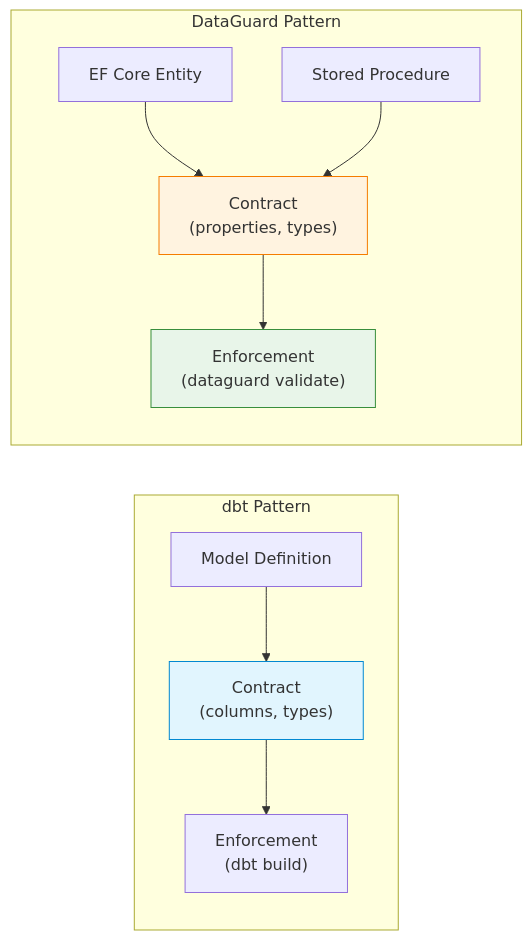
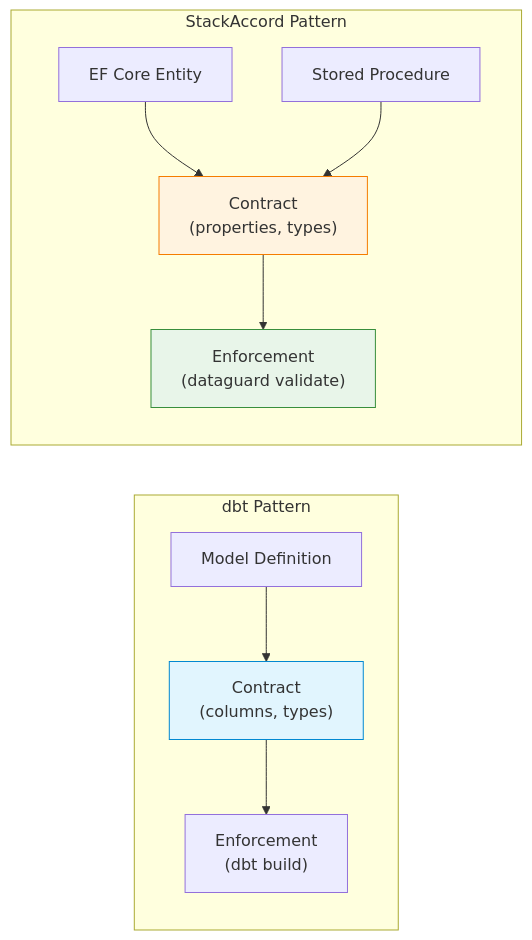
The seventh of 8 diagrams in docs/02-architecture/design-philosophy.md (thanhnt-sm/eco_support_net_oracle), drawn with Mermaid before and after one commit. The commit also changed other lines of this file and 115 other files, not shown here.

Commit message:
fix(branding): align StackAccord docs and release copy

````diff
--- a/docs/02-architecture/design-philosophy.md
+++ b/docs/02-architecture/design-philosophy.md
@@ -244,17 +244,17 @@
 ```mermaid
 flowchart LR
     subgraph "dbt Pattern"
         A1["Model Definition"] --> B1["Contract<br/>(columns, types)"]
         B1 --> C1["Enforcement<br/>(dbt build)"]
     end
 
-    subgraph "DataGuard Pattern"
+    subgraph "StackAccord Pattern"
         A2["EF Core Entity"] --> B2["Contract<br/>(properties, types)"]
         A3["Stored Procedure"] --> B2
         B2 --> C2["Enforcement<br/>(dataguard validate)"]
     end
 
     style B1 fill:#e1f5fe,stroke:#0288d1
     style B2 fill:#fff3e0,stroke:#f57c00
     style C2 fill:#e8f5e9,stroke:#388e3c
 ```
````
